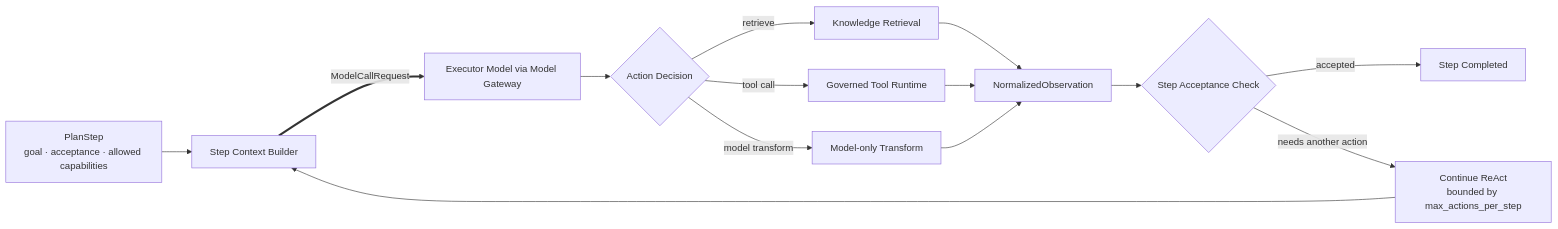
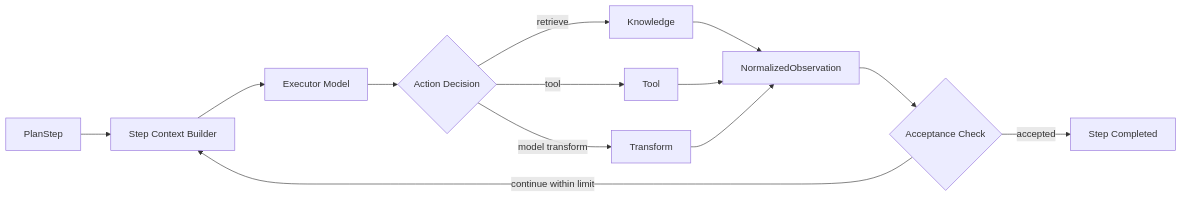
One commit to ProfessorZhi/Zuno changed the eighth of 30 diagrams in docs/architecture/architecture.md. Above: the diagram before and after it, drawn with Mermaid. The commit also changed other lines of this file, not shown here.

Commit message:
Make target architecture Markdown text-first and design-complete

````diff
--- a/docs/architecture/architecture.md
+++ b/docs/architecture/architecture.md
@@ -419,22 +759,11 @@
 ```mermaid
 flowchart LR
-  STEP["PlanStep<br/>goal · acceptance · allowed capabilities"]
-  PROMPT["Step Context Builder"]
-  MODEL["Executor Model via Model Gateway"]
-  INTENT{"Action Decision"}
-  KNOWLEDGE["Knowledge Retrieval"]
-  TOOL["Governed Tool Runtime"]
-  DIRECT["Model-only Transform"]
-  OBS["NormalizedObservation"]
-  CHECK{"Step Acceptance Check"}
-  DONE["Step Completed"]
-  CONTINUE["Continue ReAct<br/>bounded by max_actions_per_step"]
-
-  STEP --> PROMPT ==>|ModelCallRequest| MODEL --> INTENT
-  INTENT -->|retrieve| KNOWLEDGE --> OBS
-  INTENT -->|tool call| TOOL --> OBS
-  INTENT -->|model transform| DIRECT --> OBS
-  OBS --> CHECK
-  CHECK -->|accepted| DONE
-  CHECK -->|needs another action| CONTINUE --> PROMPT
+  Step[PlanStep] --> Prompt[Step Context Builder] --> Model[Executor Model]
+  Model --> Decision{Action Decision}
+  Decision -->|retrieve| Knowledge --> Obs[NormalizedObservation]
+  Decision -->|tool| Tool --> Obs
+  Decision -->|model transform| Transform --> Obs
+  Obs --> Check{Acceptance Check}
+  Check -->|accepted| Done[Step Completed]
+  Check -->|continue within limit| Prompt
 ```
````
